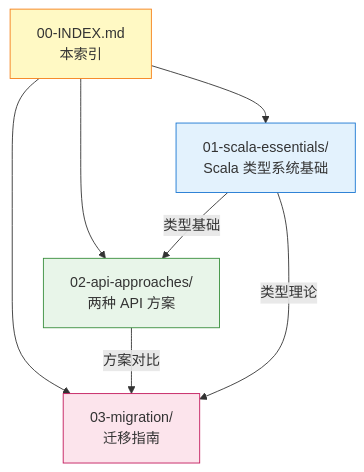
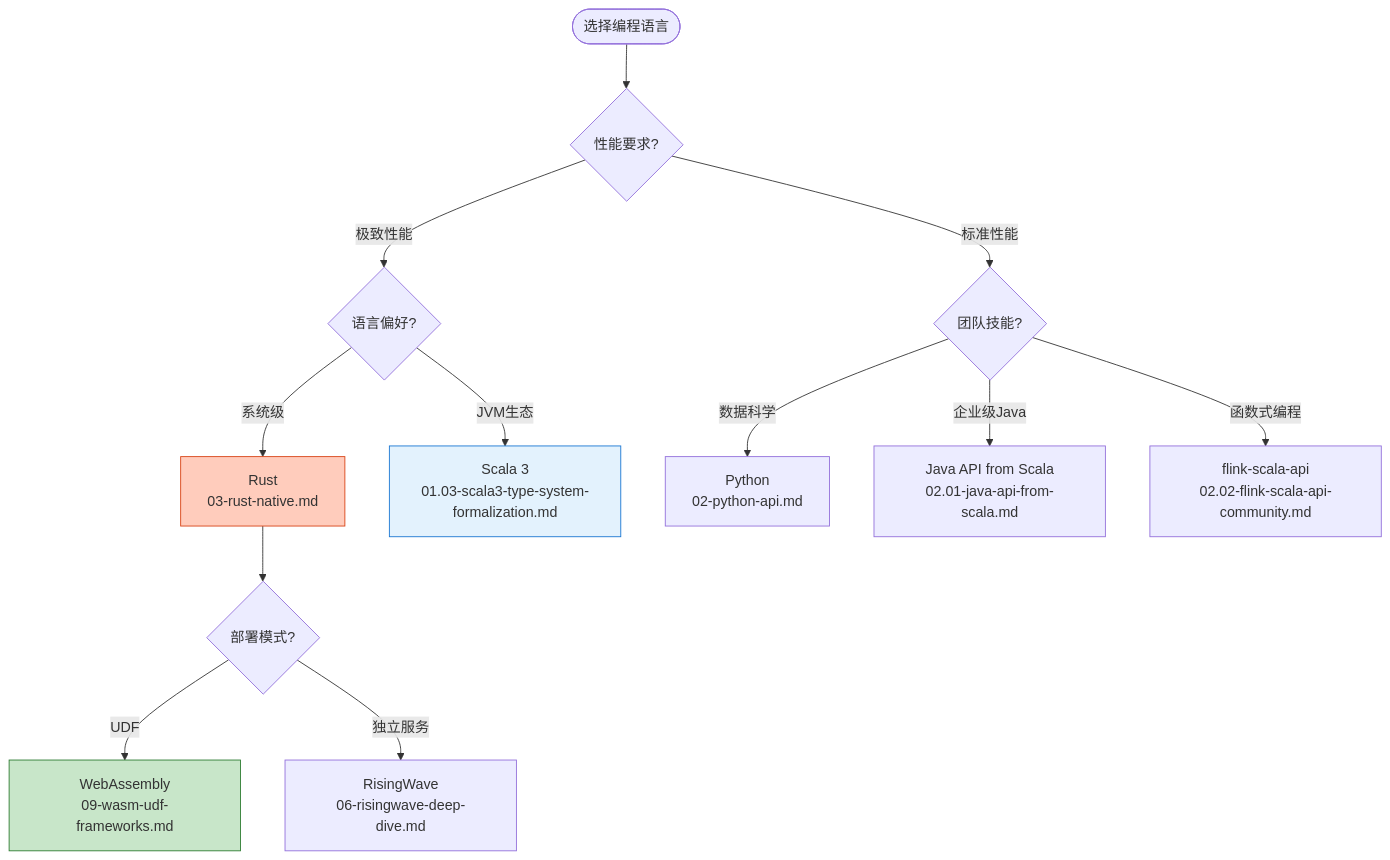
One commit to AdaMartin18010/AnalysisDataFlow changed the seventh of 10 diagrams in Flink/09-language-foundations/00-INDEX.md. Above: the diagram before and after it, drawn with Mermaid. The commit also changed other lines of this file and 19 other files, not shown here.

````diff
--- a/Flink/09-language-foundations/00-INDEX.md
+++ b/Flink/09-language-foundations/00-INDEX.md
@@ -157,15 +419,22 @@
 ```mermaid
-graph TD
-    INDEX["00-INDEX.md<br/>本索引"] --> SCALA["01-scala-essentials/<br/>Scala 类型系统基础"]
-    INDEX --> API["02-api-approaches/<br/>两种 API 方案"]
-    INDEX --> MIGRATION["03-migration/<br/>迁移指南"]
+flowchart TD
+    START([选择编程语言]) --> Q1{性能要求?}
 
-    SCALA -->|类型基础| API
-    API -->|方案对比| MIGRATION
-    SCALA -->|类型理论| MIGRATION
+    Q1 -->|极致性能| Q2{语言偏好?}
+    Q1 -->|标准性能| Q3{团队技能?}
 
-    style INDEX fill:#fff9c4,stroke:#f57f17
-    style SCALA fill:#e3f2fd,stroke:#1976d2
-    style API fill:#e8f5e9,stroke:#388e3c
-    style MIGRATION fill:#fce4ec,stroke:#c2185b
+    Q2 -->|系统级| RUST[Rust<br/>03-rust-native.md]
+    Q2 -->|JVM生态| SCALA3[Scala 3<br/>01.03-scala3-type-system-formalization.md]
+
+    Q3 -->|数据科学| PYTHON[Python<br/>02-python-api.md]
+    Q3 -->|企业级Java| JAVA_SCALA[Java API from Scala<br/>02.01-java-api-from-scala.md]
+    Q3 -->|函数式编程| SCALA_COMM[flink-scala-api<br/>02.02-flink-scala-api-community.md]
+
+    RUST --> RUST_DEC{部署模式?}
+    RUST_DEC -->|UDF| WASM[WebAssembly<br/>09-wasm-udf-frameworks.md]
+    RUST_DEC -->|独立服务| RISING[RisingWave<br/>06-risingwave-deep-dive.md]
+
+    style RUST fill:#ffccbc,stroke:#d84315
+    style SCALA3 fill:#e3f2fd,stroke:#1976d2
+    style WASM fill:#c8e6c9,stroke:#2e7d32
 ```
````
